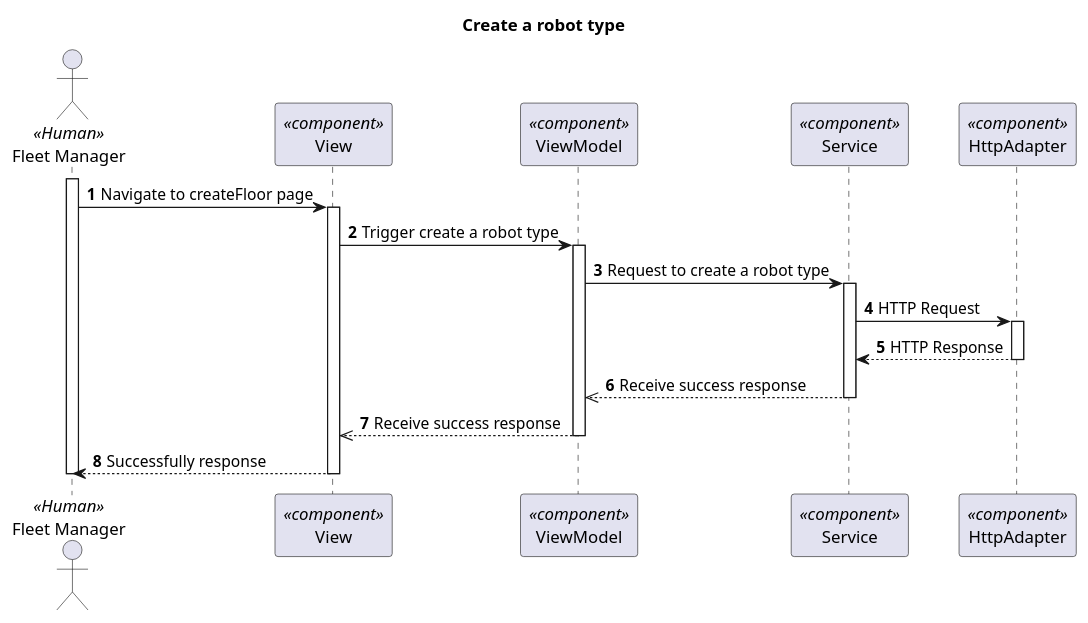
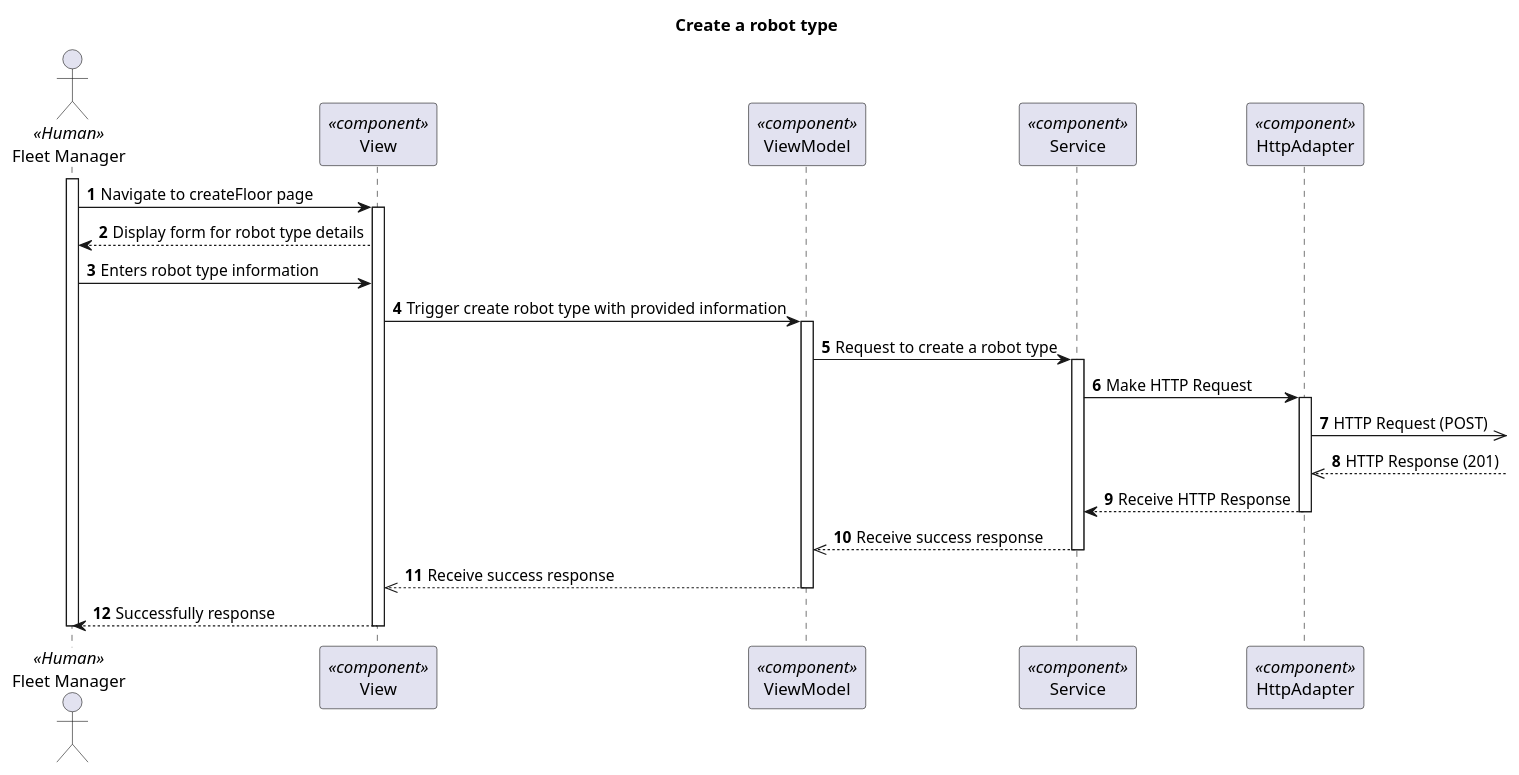
One commit to 1210910/lapr5 changed the diagram in docs/VistaProcesso/US350(1000)/Visualization/ProcessView_Level3_US1000.puml. Above: the diagram before and after it, drawn with PlantUML. The commit also changed 42 other files, not shown here.

```diff
--- a/docs/VistaProcesso/US350(1000)/Visualization/ProcessView_Level3_US1000.puml
+++ b/docs/VistaProcesso/US350(1000)/Visualization/ProcessView_Level3_US1000.puml
@@ -1,38 +1,43 @@
 @startuml Process View - Level 3
 
 autonumber
 skinparam packageStyle rect
 
 title Create a robot type
 
 actor "Fleet Manager" as FM <<Human>>
 participant "View" as view <<component>>
 participant "ViewModel" as viewModel <<component>>
 participant "Service" as service <<component>>
 participant "HttpAdapter" as httpAdapter <<component>>
 
 activate FM
 FM -> view : Navigate to createFloor page
 activate view
-view -> viewModel : Trigger create a robot type
+view --> FM : Display form for robot type details
+FM -> view : Enters robot type information
+
+view -> viewModel : Trigger create robot type with provided information
 
 activate viewModel
 viewModel -> service : Request to create a robot type
 
 activate service
-service -> httpAdapter : HTTP Request
+service -> httpAdapter : Make HTTP Request
 activate httpAdapter
-httpAdapter --> service : HTTP Response
+httpAdapter ->> : HTTP Request (POST)
+httpAdapter <<-- : HTTP Response (201)
+httpAdapter --> service : Receive HTTP Response
 deactivate httpAdapter
 
 service -->> viewModel : Receive success response
 deactivate service
 
 viewModel -->> view : Receive success response
 deactivate viewModel
 
 view --> FM : Successfully response
 deactivate view
 
 deactivate FM
 @enduml
```
